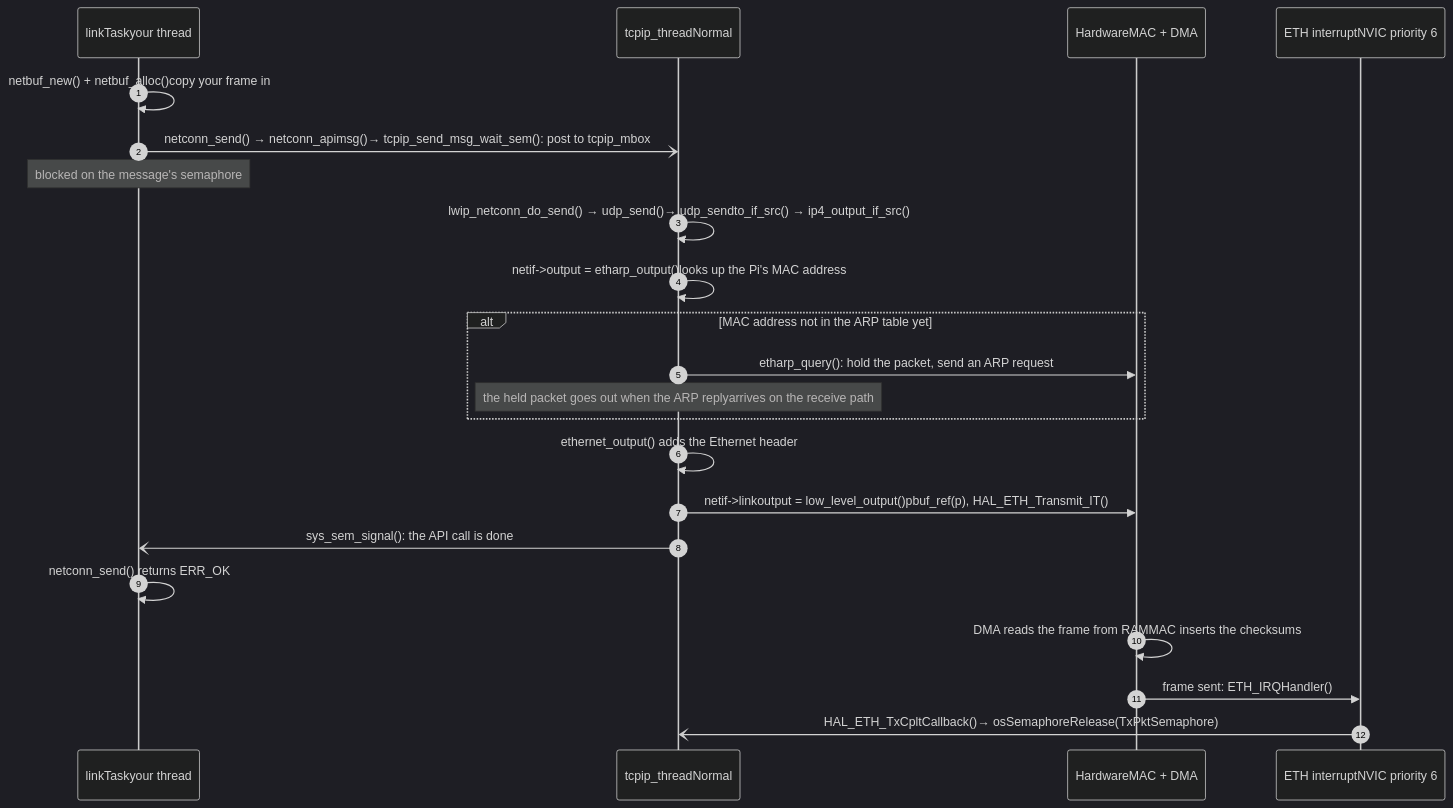
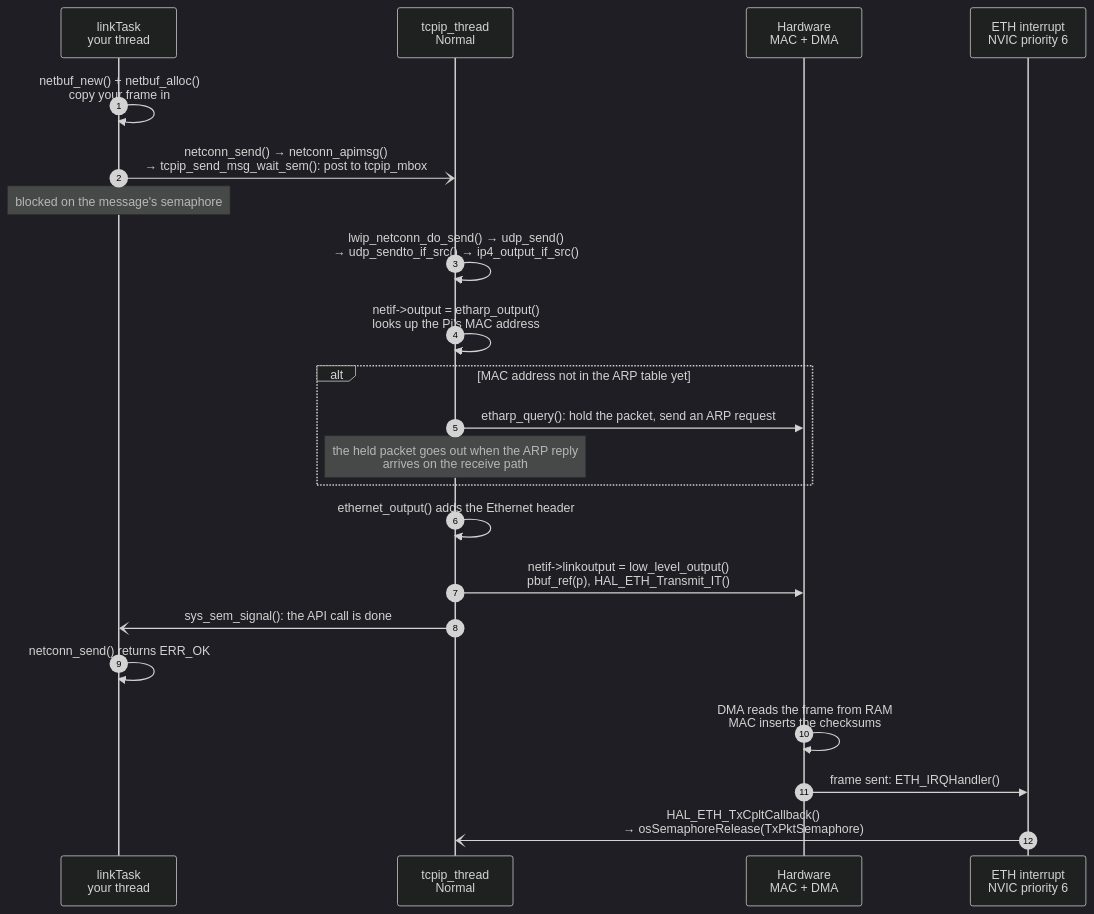
Before and after one commit to floriangmeiner/demo_project_kci: the second of 2 diagrams in references/lwIP_call_flow.md, drawn with Mermaid (dark theme). The commit also changed other lines of this file and 1 other file, not shown here.

````diff
--- a/references/lwIP_call_flow.md
+++ b/references/lwIP_call_flow.md
@@ -54,24 +71,24 @@
 ```mermaid
 sequenceDiagram
   autonumber
-  participant LT as linkTaskyour thread
-  participant TT as tcpip_threadNormal
-  participant HW as HardwareMAC + DMA
-  participant ISR as ETH interruptNVIC priority 6
-  LT->>LT: netbuf_new() + netbuf_alloc()copy your frame in
-  LT-)TT: netconn_send() → netconn_apimsg()→ tcpip_send_msg_wait_sem(): post to tcpip_mbox
+  participant LT as linkTask<br/>your thread
+  participant TT as tcpip_thread<br/>Normal
+  participant HW as Hardware<br/>MAC + DMA
+  participant ISR as ETH interrupt<br/>NVIC priority 6
+  LT->>LT: netbuf_new() + netbuf_alloc()<br/>copy your frame in
+  LT-)TT: netconn_send() → netconn_apimsg()<br/>→ tcpip_send_msg_wait_sem(): post to tcpip_mbox
   Note over LT: blocked on the message's semaphore
-  TT->>TT: lwip_netconn_do_send() → udp_send()→ udp_sendto_if_src() → ip4_output_if_src()
-  TT->>TT: netif->output = etharp_output()looks up the Pi's MAC address
+  TT->>TT: lwip_netconn_do_send() → udp_send()<br/>→ udp_sendto_if_src() → ip4_output_if_src()
+  TT->>TT: netif->output = etharp_output()<br/>looks up the Pi's MAC address
   alt MAC address not in the ARP table yet
     TT->>HW: etharp_query(): hold the packet, send an ARP request
-    Note over TT: the held packet goes out when the ARP replyarrives on the receive path
+    Note over TT: the held packet goes out when the ARP reply<br/>arrives on the receive path
   end
   TT->>TT: ethernet_output() adds the Ethernet header
-  TT->>HW: netif->linkoutput = low_level_output()pbuf_ref(p), HAL_ETH_Transmit_IT()
+  TT->>HW: netif->linkoutput = low_level_output()<br/>pbuf_ref(p), HAL_ETH_Transmit_IT()
   TT-)LT: sys_sem_signal(): the API call is done
   LT->>LT: netconn_send() returns ERR_OK
-  HW->>HW: DMA reads the frame from RAMMAC inserts the checksums
+  HW->>HW: DMA reads the frame from RAM<br/>MAC inserts the checksums
   HW->>ISR: frame sent: ETH_IRQHandler()
-  ISR-)TT: HAL_ETH_TxCpltCallback()→ osSemaphoreRelease(TxPktSemaphore)
+  ISR-)TT: HAL_ETH_TxCpltCallback()<br/>→ osSemaphoreRelease(TxPktSemaphore)
 ```
````
